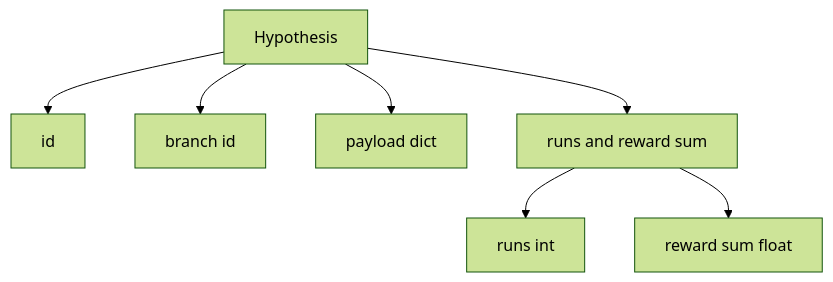
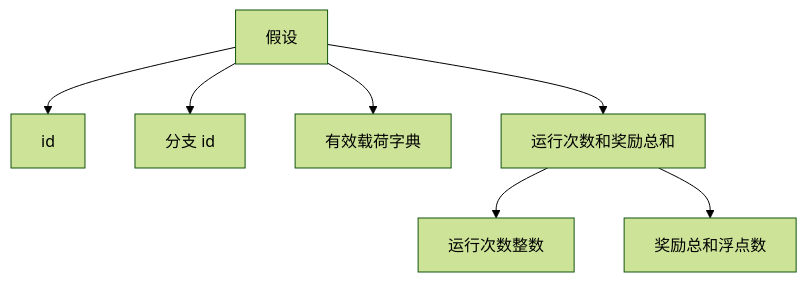
One commit to guangningsun/ailearning changed the second of 3 diagrams in lessons/19-capstone-projects/56-iteration-scheduler/docs/zh.md. Above: the diagram before and after it, drawn with Mermaid (forest theme). The commit also changed other lines of this file and 85 other files, not shown here.

````diff
--- a/lessons/19-capstone-projects/56-iteration-scheduler/docs/zh.md
+++ b/lessons/19-capstone-projects/56-iteration-scheduler/docs/zh.md
@@ -44,9 +44,9 @@
 ```mermaid
 flowchart TB
-    Hyp[Hypothesis] --> Id[id]
-    Hyp --> Branch[branch id]
-    Hyp --> Payload[payload dict]
-    Hyp --> Stats[runs and reward sum]
-    Stats --> Runs[runs int]
-    Stats --> Sum[reward sum float]
+    Hyp[假设] --> Id[id]
+    Hyp --> Branch[分支 id]
+    Hyp --> Payload[有效载荷字典]
+    Hyp --> Stats[运行次数和奖励总和]
+    Stats --> Runs[运行次数整数]
+    Stats --> Sum[奖励总和浮点数]
 ```
````
